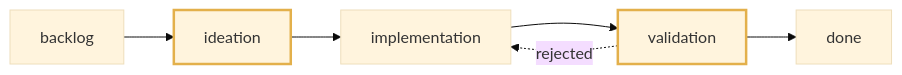
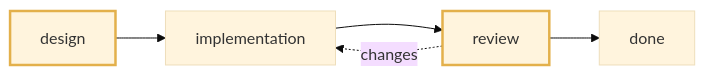
One commit to spacedock-dev/spacedock changed the diagram in docs/site/concepts/stage-lifecycle.md. Above: the diagram before and after it, drawn with Mermaid (base theme). The commit also changed other lines of this file and 24 other files, not shown here.

````diff
--- a/docs/site/concepts/stage-lifecycle.md
+++ b/docs/site/concepts/stage-lifecycle.md
@@ -7,7 +7,7 @@
 ```mermaid
 flowchart LR
-  backlog --> ideation --> implementation --> validation --> done
-  validation -. rejected .-> implementation
+  design --> implementation --> review --> done
+  review -. changes .-> implementation
   classDef gate stroke:#e3b04b,stroke-width:2.5px
-  class ideation,validation gate
+  class design,review gate
 ```
````
